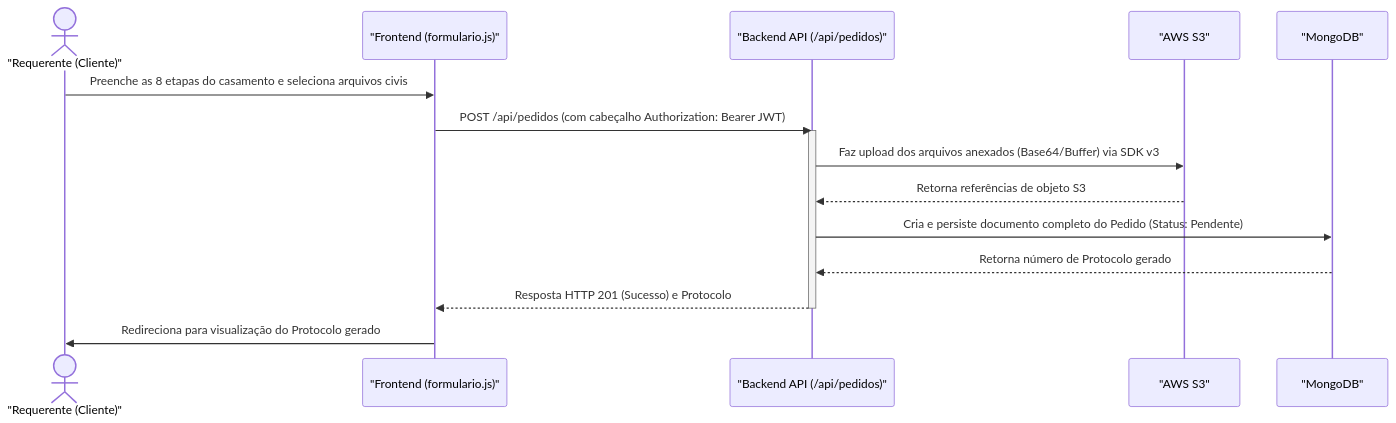
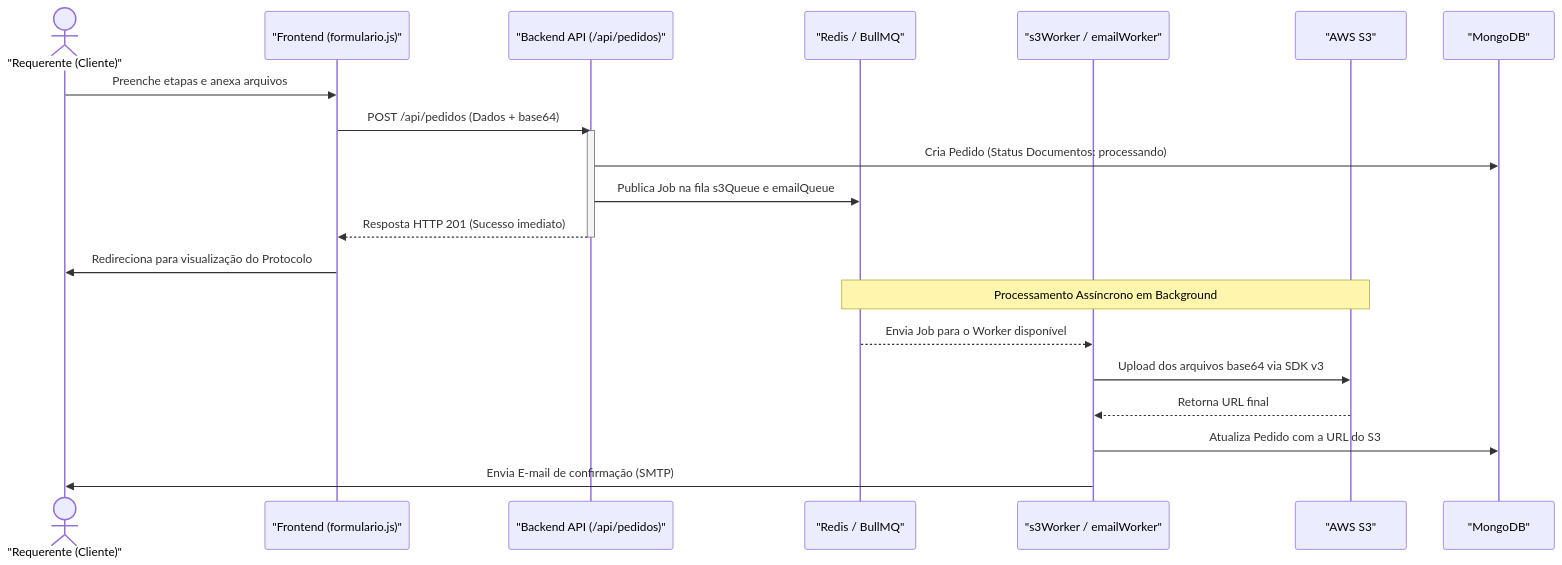
Before and after one commit to Bruno-LimaHG/SIGACRC: the second of 5 diagrams in documentacao_tecnica.md, drawn with Mermaid. The commit also changed other lines of this file and 35 other files, not shown here.

Commit message:
feat: atualização da arquitetura (BullMQ, Redis, WebSocket) na documentação técnica, ajustes de SEO (robots.txt, roteamento) e reescrita de textos (WAF)

````diff
--- a/documentacao_tecnica.md
+++ b/documentacao_tecnica.md
@@ -84,19 +97,26 @@
 ```mermaid
 sequenceDiagram
     actor Cliente as "Requerente (Cliente)"
     participant JS as "Frontend (formulario.js)"
     participant API as "Backend API (/api/pedidos)"
+    participant Redis as "Redis / BullMQ"
+    participant Worker as "s3Worker / emailWorker"
     participant S3 as "AWS S3"
     participant DB as "MongoDB"
 
-    Cliente->>JS: Preenche as 8 etapas do casamento e seleciona arquivos civis
-    JS->>API: POST /api/pedidos (com cabeçalho Authorization: Bearer JWT)
+    Cliente->>JS: Preenche etapas e anexa arquivos
+    JS->>API: POST /api/pedidos (Dados + base64)
     activate API
-    API->>S3: Faz upload dos arquivos anexados (Base64/Buffer) via SDK v3
-    S3-->>API: Retorna referências de objeto S3
-    API->>DB: Cria e persiste documento completo do Pedido (Status: Pendente)
-    DB-->>API: Retorna número de Protocolo gerado
-    API-->>JS: Resposta HTTP 201 (Sucesso) e Protocolo
+    API->>DB: Cria Pedido (Status Documentos: processando)
+    API->>Redis: Publica Job na fila s3Queue e emailQueue
+    API-->>JS: Resposta HTTP 201 (Sucesso imediato)
     deactivate API
-    JS->>Cliente: Redireciona para visualização do Protocolo gerado
+    JS->>Cliente: Redireciona para visualização do Protocolo
+    
+    Note over Redis,S3: Processamento Assíncrono em Background
+    Redis-->>Worker: Envia Job para o Worker disponível
+    Worker->>S3: Upload dos arquivos base64 via SDK v3
+    S3-->>Worker: Retorna URL final
+    Worker->>DB: Atualiza Pedido com a URL do S3
+    Worker->>Cliente: Envia E-mail de confirmação (SMTP)
 ```
````
